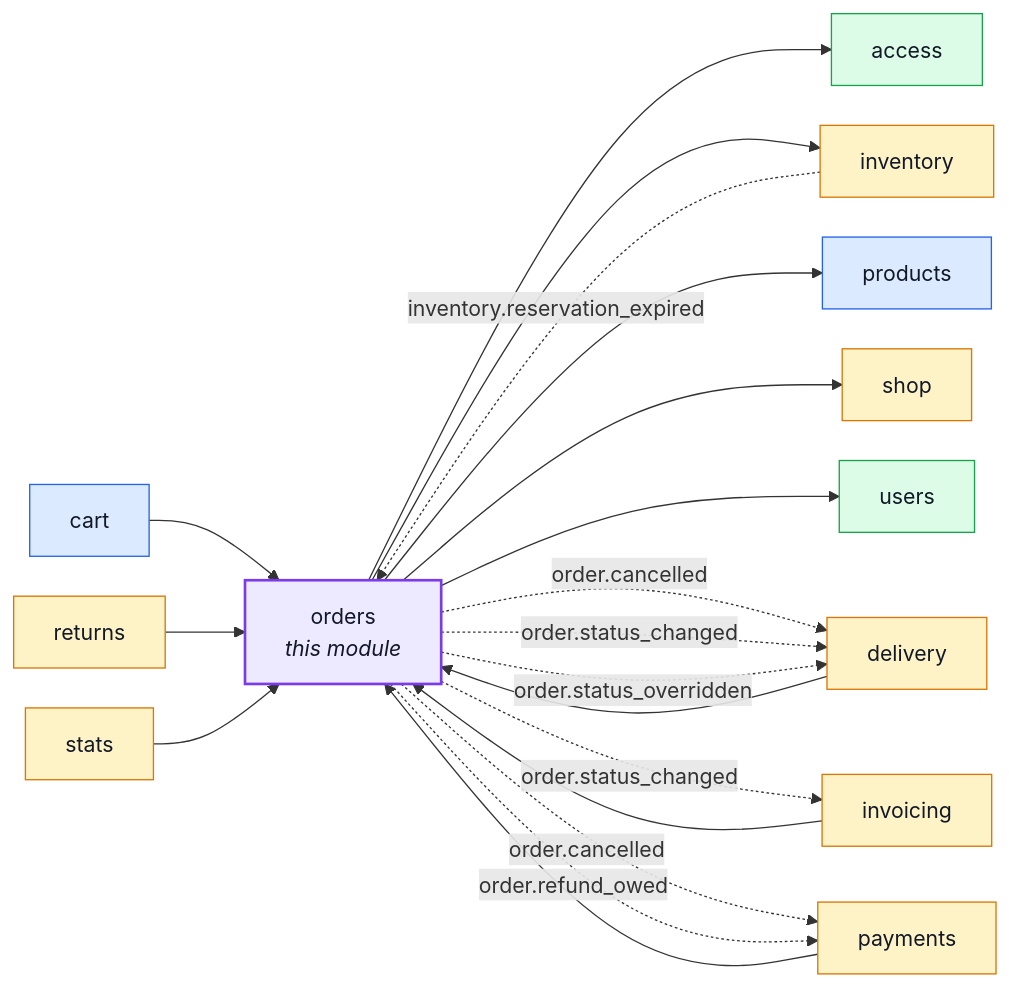
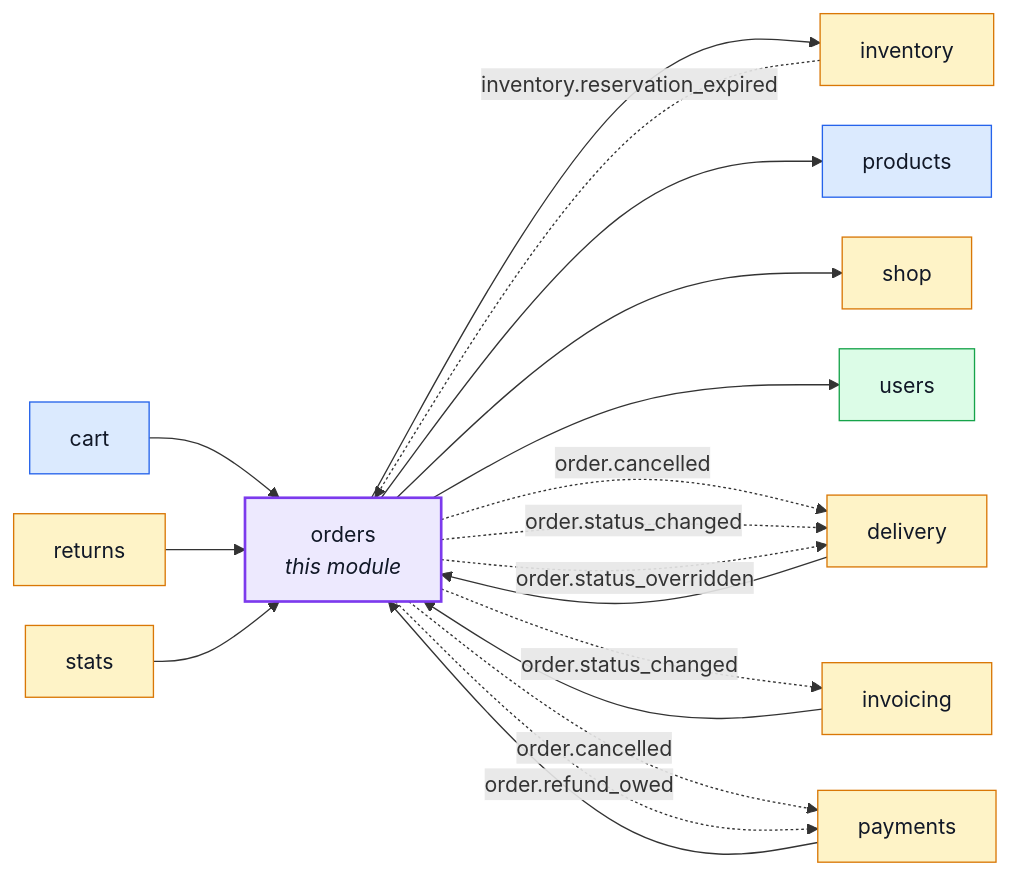
Before and after one commit to Guebbit/boilerplate-node-backend: the first of 7 diagrams in docs/modules/orders.md, drawn with Mermaid. The commit also changed 104 other files, not shown here.

````diff
--- a/docs/modules/orders.md
+++ b/docs/modules/orders.md
@@ -16,44 +16,42 @@
 ```mermaid
 %%{init: {'flowchart': {'nodeSpacing': 30, 'rankSpacing': 60}}}%%
 flowchart LR
     orders["orders<br/><i>this module</i>"]
-    access["access"]
     cart["cart"]
     delivery["delivery"]
     inventory["inventory"]
     invoicing["invoicing"]
     payments["payments"]
     products["products"]
     returns["returns"]
     shop["shop"]
     stats["stats"]
     users["users"]
 
     cart --> orders
     delivery --> orders
     invoicing --> orders
     payments --> orders
     returns --> orders
     stats --> orders
-    orders --> access
     orders --> inventory
     orders --> products
     orders --> shop
     orders --> users
     inventory -. "inventory.reservation_expired" .-> orders
     orders -. "order.cancelled" .-> delivery
     orders -. "order.status_changed" .-> delivery
     orders -. "order.status_overridden" .-> delivery
     orders -. "order.status_changed" .-> invoicing
     orders -. "order.cancelled" .-> payments
     orders -. "order.refund_owed" .-> payments
 
     classDef core fill:#dbeafe,stroke:#2563eb,color:#111827;
     classDef supporting fill:#fef3c7,stroke:#d97706,color:#111827;
     classDef generic fill:#dcfce7,stroke:#16a34a,color:#111827;
     classDef centre fill:#ede9fe,stroke:#7c3aed,stroke-width:2px,color:#111827;
     class cart,products core;
     class delivery,inventory,invoicing,payments,returns,shop,stats supporting;
-    class access,users generic;
+    class users generic;
     class orders centre;
 ```
````
